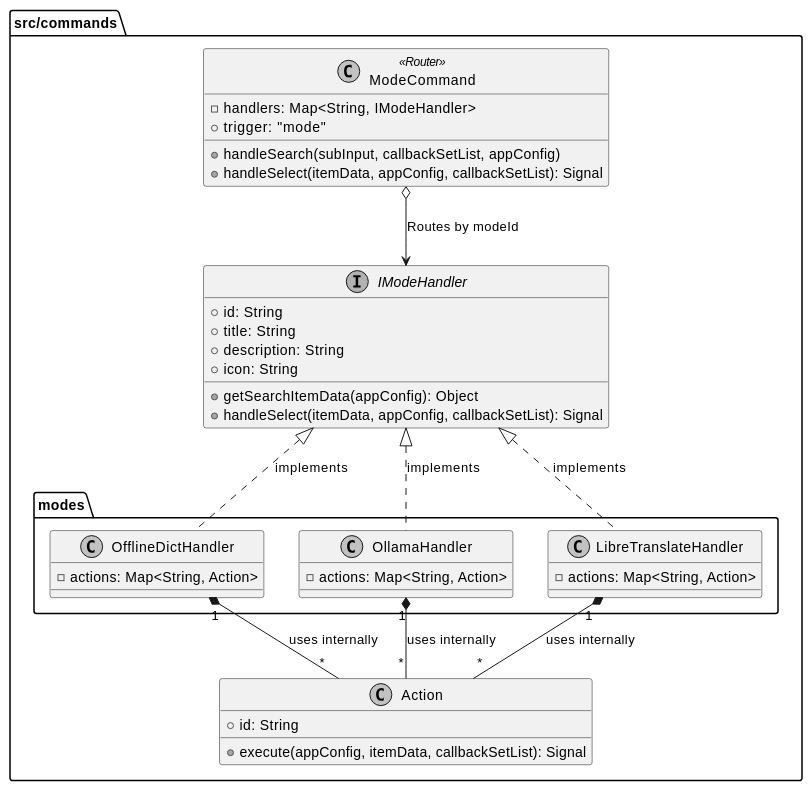
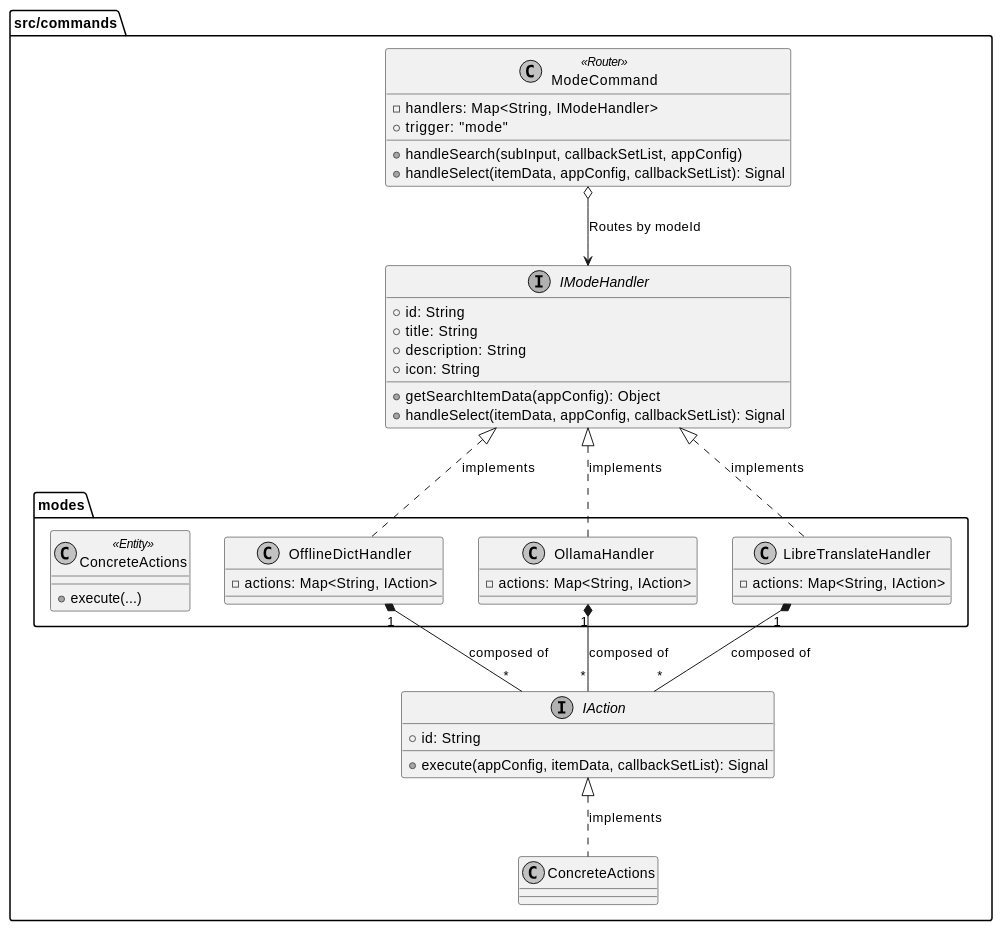
One commit to zhougy0717/utools_local_translate changed the first of 2 diagrams in doc/spec/spec-00044-mode-command-refactoring.md. Above: the diagram before and after it, drawn with PlantUML.

Commit message:
docs(spec): formalize IAction interface and concrete implementations in spec-00044

````diff
--- a/doc/spec/spec-00044-mode-command-refactoring.md
+++ b/doc/spec/spec-00044-mode-command-refactoring.md
@@ -26,52 +26,57 @@
 ```plantuml
 @startuml
 skinparam handwritten false
 skinparam monochrome true
 skinparam DefaultFontName sans-serif
 
 package "src/commands" {
   class ModeCommand <<Router>> {
     - handlers: Map<String, IModeHandler>
     + trigger: "mode"
     + handleSearch(subInput, callbackSetList, appConfig)
     + handleSelect(itemData, appConfig, callbackSetList): Signal
   }
 
   interface IModeHandler {
     + id: String
     + title: String
     + description: String
     + icon: String
     + getSearchItemData(appConfig): Object
     + handleSelect(itemData, appConfig, callbackSetList): Signal
   }
 
-  class Action {
+  interface IAction {
     + id: String
     + execute(appConfig, itemData, callbackSetList): Signal
   }
 
   package "modes" {
     class OfflineDictHandler {
-      - actions: Map<String, Action>
+      - actions: Map<String, IAction>
     }
     class OllamaHandler {
-      - actions: Map<String, Action>
+      - actions: Map<String, IAction>
     }
     class LibreTranslateHandler {
-      - actions: Map<String, Action>
+      - actions: Map<String, IAction>
+    }
+    
+    class "ConcreteActions..." <<Entity>> {
+      + execute(...)
     }
   }
 
   IModeHandler <|.. OfflineDictHandler : implements
   IModeHandler <|.. OllamaHandler : implements
   IModeHandler <|.. LibreTranslateHandler : implements
 
-  OfflineDictHandler "1" *-- "*" Action : uses internally
-  OllamaHandler "1" *-- "*" Action : uses internally
-  LibreTranslateHandler "1" *-- "*" Action : uses internally
+  IAction <|.. "ConcreteActions..." : implements
+  OfflineDictHandler "1" *-- "*" IAction : "composed of"
+  OllamaHandler "1" *-- "*" IAction : "composed of"
+  LibreTranslateHandler "1" *-- "*" IAction : "composed of"
 
   ModeCommand o--> IModeHandler : "Routes by modeId"
 }
 @enduml
 ```
````
